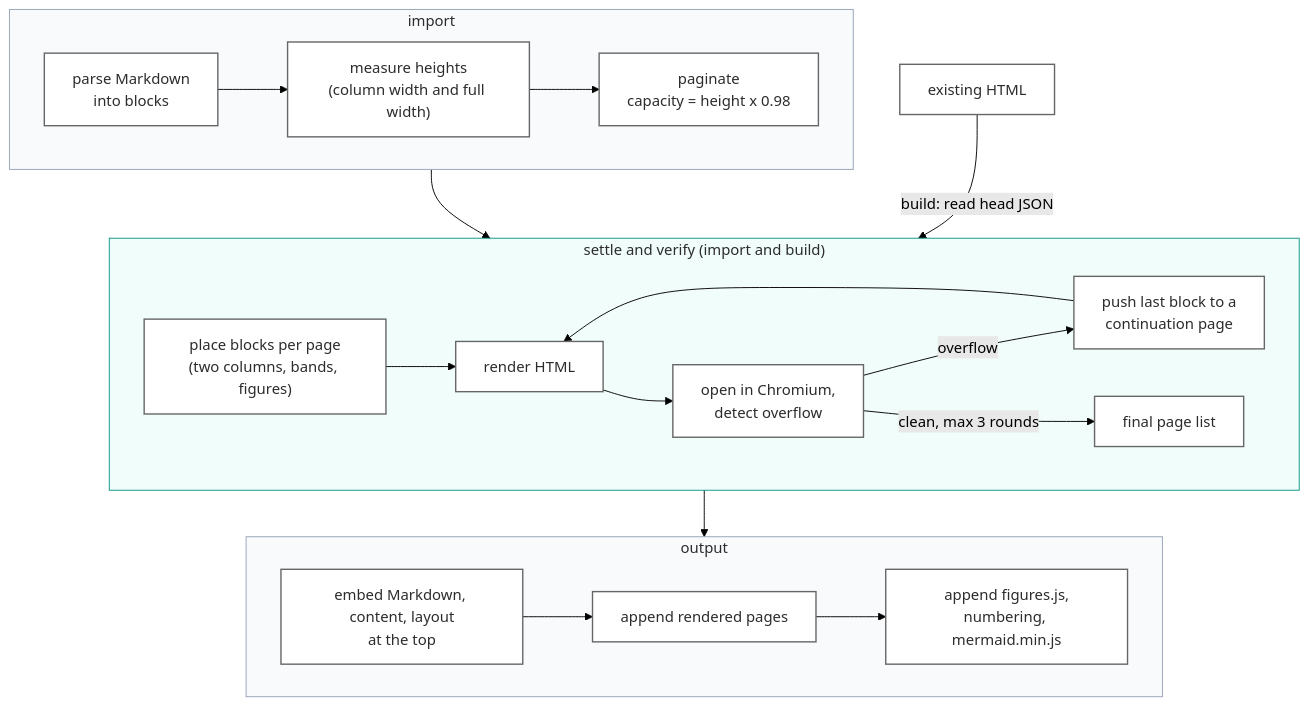
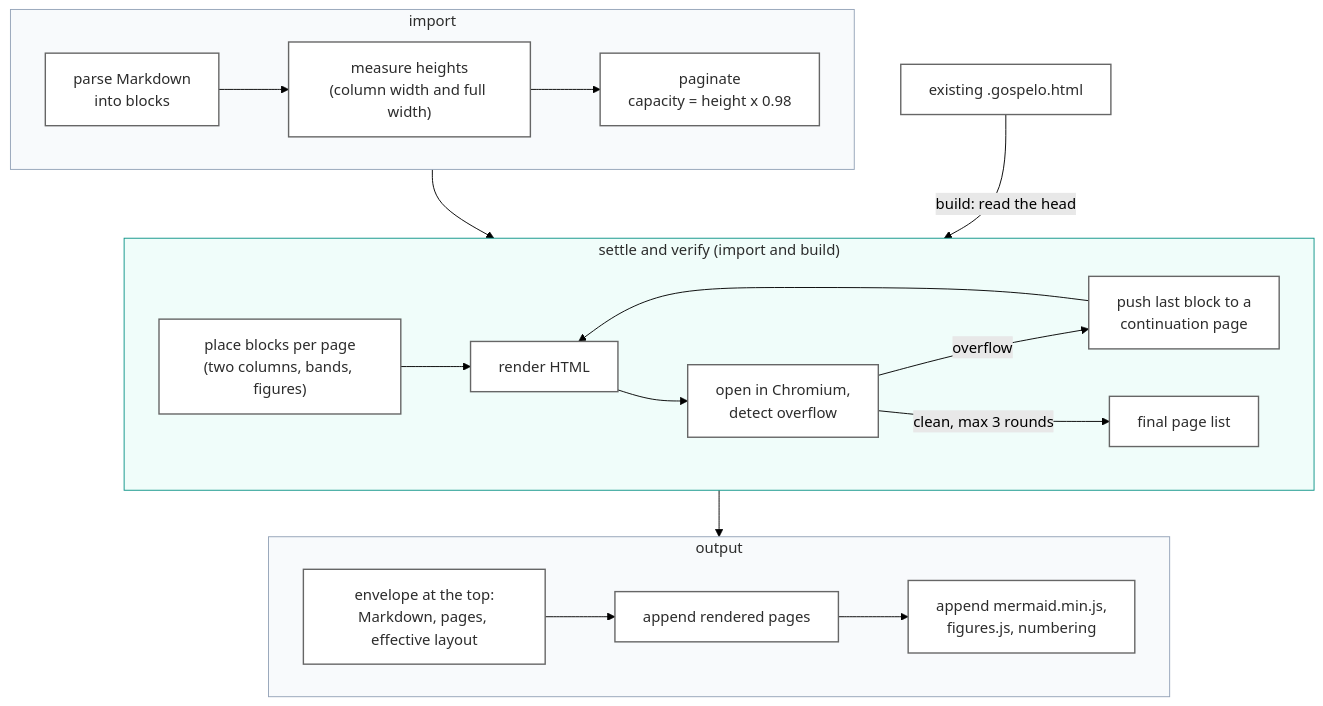
The third of 5 diagrams in docs/ARCHITECTURE.md (gospelo-dev/md2html), drawn with Mermaid (forest theme) before and after one commit. The commit also changed other lines of this file and 21 other files, not shown here.

````diff
--- a/docs/ARCHITECTURE.md
+++ b/docs/ARCHITECTURE.md
@@ -104,25 +103,25 @@
 ```mermaid
 flowchart TB
     subgraph Import["import"]
         direction LR
         I1["parse Markdown<br/>into blocks"] --> I2["measure heights<br/>(column width and full width)"] --> I3["paginate<br/>capacity = height x 0.98"]
     end
     subgraph Common["settle and verify (import and build)"]
         direction LR
         B1["place blocks per page<br/>(two columns, bands, figures)"] --> B2["render HTML"] --> B3["open in Chromium,<br/>detect overflow"]
         B3 -->|overflow| B4["push last block to a<br/>continuation page"] --> B2
         B3 -->|clean, max 3 rounds| B5["final page list"]
     end
     subgraph Out["output"]
         direction LR
-        O1["embed Markdown, content, layout<br/>at the top"] --> O2["append rendered pages"] --> O3["append figures.js,<br/>numbering, mermaid.min.js"]
+        O1["envelope at the top:<br/>Markdown, pages, effective layout"] --> O2["append rendered pages"] --> O3["append mermaid.min.js,<br/>figures.js, numbering"]
     end
     Import --> Common --> Out
-    H["existing HTML"] -->|build: read head JSON| Common
+    H["existing .gospelo.html"] -->|build: read the head| Common
 
     classDef node fill:#FFFFFF,stroke:#666666,stroke-width:1.5px,color:#2C2C2C
     class I1,I2,I3,B1,B2,B3,B4,B5,O1,O2,O3,H node
     style Import fill:#F8FAFC,stroke:#94A3B8,color:#2C2C2C
     style Common fill:#F0FDFA,stroke:#0D9488,color:#2C2C2C
     style Out fill:#F8FAFC,stroke:#94A3B8,color:#2C2C2C
 ```
````
